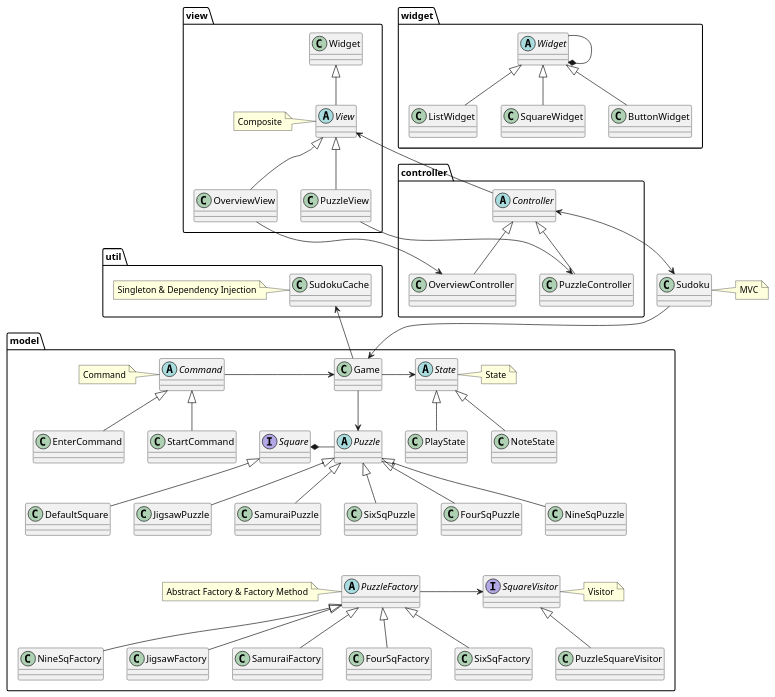
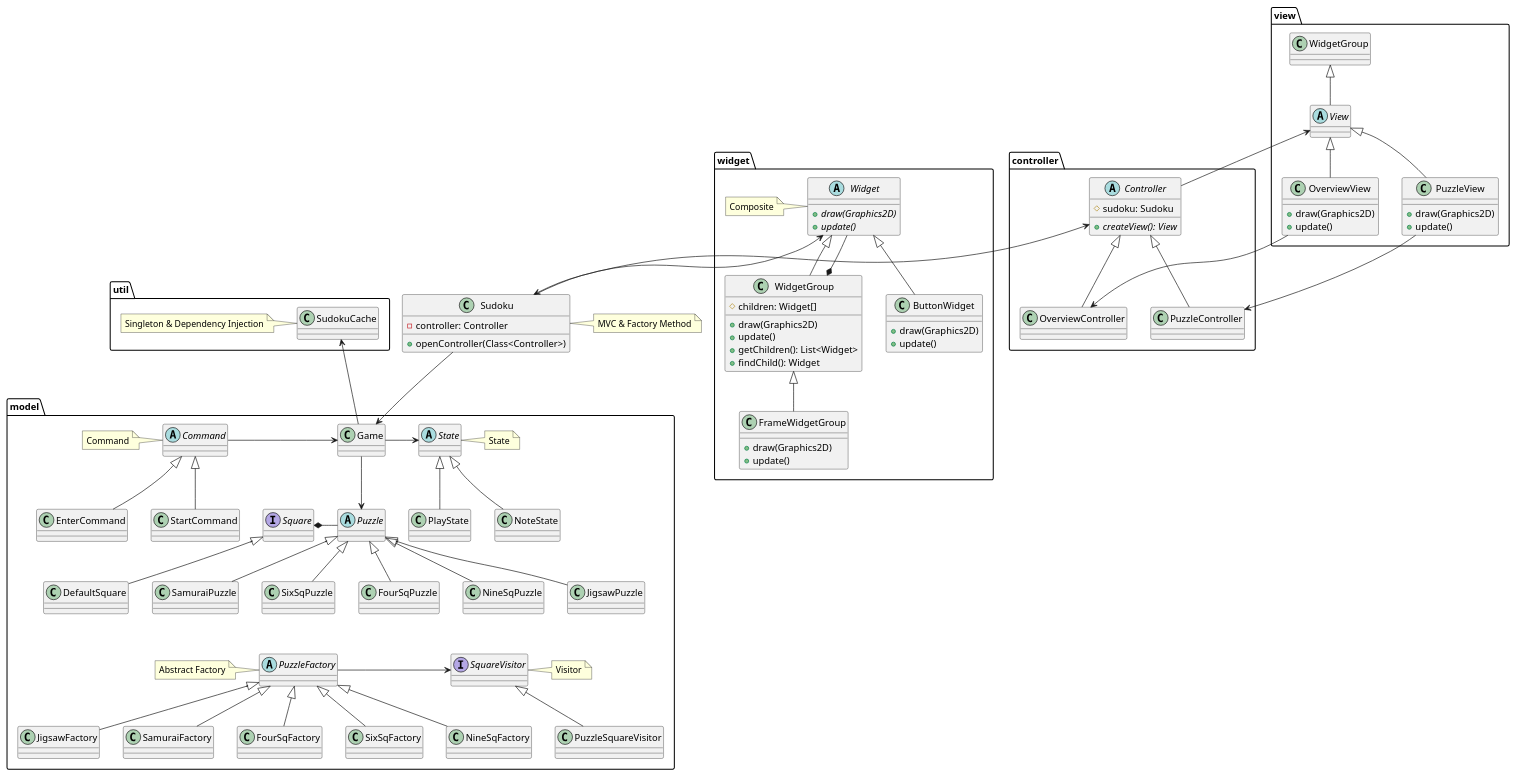
One commit to houfio/sudoku changed the diagram in docs/class_diagram.puml. Above: the diagram before and after it, drawn with PlantUML. The commit also changed 1 other file, not shown here.

```diff
--- a/docs/class_diagram.puml
+++ b/docs/class_diagram.puml
@@ -1,87 +1,116 @@
 @startuml
 package util {
   class SudokuCache
   note left: Singleton & Dependency Injection
 }
 
 package model {
   class Game
   Game -d-> Puzzle
   Game -> State
   Game -u-> SudokuCache
 
   abstract class PuzzleFactory
-  note left: Abstract Factory & Factory Method
+  note left: Abstract Factory
   PuzzleFactory -> SquareVisitor
 
   PuzzleFactory -u[hidden]-> SixSqPuzzle
 
   class FourSqFactory extends PuzzleFactory
   class SixSqFactory extends PuzzleFactory
   class NineSqFactory extends PuzzleFactory
   class JigsawFactory extends PuzzleFactory
   class SamuraiFactory extends PuzzleFactory
 
   abstract class Puzzle
   interface Square
   Puzzle -l-* Square
 
   class DefaultSquare extends Square
 
   interface SquareVisitor
   class PuzzleSquareVisitor extends SquareVisitor
   note right of SquareVisitor: Visitor
 
   class FourSqPuzzle extends Puzzle
   class SixSqPuzzle extends Puzzle
   class NineSqPuzzle extends Puzzle
   class JigsawPuzzle extends Puzzle
   class SamuraiPuzzle extends Puzzle
 
   abstract class State
   note right: State
 
   class PlayState extends State
   class NoteState extends State
 
   abstract class Command
   Command -> Game
   note left of Command: Command
 
   class EnterCommand extends Command
   class StartCommand extends Command
 }
 
 package controller {
-  abstract class Controller
+  abstract class Controller {
+    #sudoku: Sudoku
+    {abstract} +createView(): View
+  }
 
   class OverviewController extends Controller
   class PuzzleController extends Controller
 }
 
 package widget {
-  abstract class Widget
-  Widget -* Widget
+  abstract class Widget {
+    {abstract} +draw(Graphics2D)
+    {abstract} +update()
+  }
+  class WidgetGroup extends Widget {
+    #children: Widget[]
+    +draw(Graphics2D)
+    +update()
+    +getChildren(): List<Widget>
+    +findChild(): Widget
+  }
+  WidgetGroup *-u- Widget
+  note left of Widget: Composite
 
-  class ButtonWidget extends Widget
-  class ListWidget extends Widget
-  class SquareWidget extends Widget
+  class ButtonWidget extends Widget {
+    +draw(Graphics2D)
+    +update()
+  }
+
+  class FrameWidgetGroup extends WidgetGroup {
+    +draw(Graphics2D)
+    +update()
+  }
 }
 
 package view {
-  abstract class View extends Widget
-  note left of View: Composite
+  abstract class View extends WidgetGroup
 
-  class OverviewView extends View
+  class OverviewView extends View {
+    +draw(Graphics2D)
+    +update()
+  }
   OverviewView -> OverviewController
-  class PuzzleView extends View
+  class PuzzleView extends View {
+    +draw(Graphics2D)
+    +update()
+  }
   PuzzleView -> PuzzleController
 }
 
-class Sudoku
-note right: MVC
+class Sudoku {
+  -controller: Controller
+  +openController(Class<Controller>)
+}
+note right: MVC & Factory Method
 
 Sudoku <-u-> Controller
 Controller -u-> View
 Sudoku -d-> Game
+Sudoku -u-> Widget
 @enduml
```
